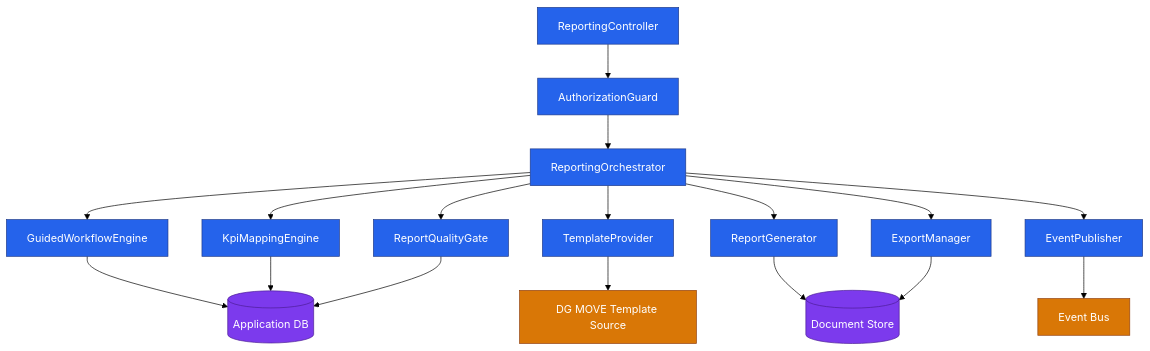
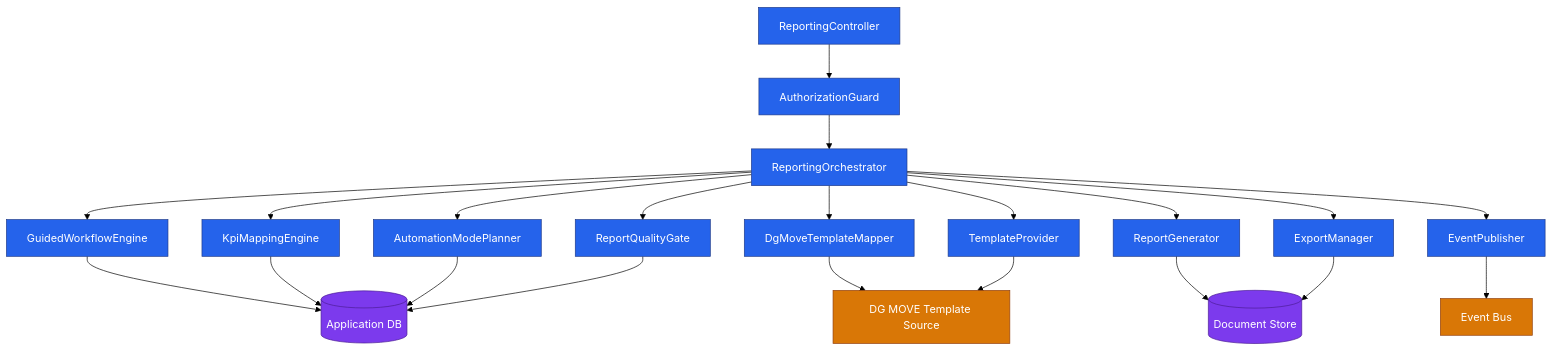
One commit to UM-KGPI/Napcore-ITS-Reporting changed the first of 2 diagrams in Napcore-ITS-Reporting/docs/architecture/c4-level4-reporting.md. Above: the diagram before and after it, drawn with Mermaid (forest theme). The commit also changed other lines of this file and 11 other files, not shown here.

Commit message:
Refine architecture diagrams against contract requirements

````diff
--- a/Napcore-ITS-Reporting/docs/architecture/c4-level4-reporting.md
+++ b/Napcore-ITS-Reporting/docs/architecture/c4-level4-reporting.md
@@ -13,40 +14,46 @@
 ```mermaid
 flowchart TB
     classDef mod fill:#2563eb,stroke:#1e3a8a,color:#fff
     classDef data fill:#7c3aed,stroke:#4c1d95,color:#fff
     classDef ext fill:#d97706,stroke:#92400e,color:#fff
 
     API[ReportingController]:::mod
     AUTH[AuthorizationGuard]:::mod
     ORCH[ReportingOrchestrator]:::mod
     GUIDE[GuidedWorkflowEngine]:::mod
     MAP[KpiMappingEngine]:::mod
+    DGMAP[DgMoveTemplateMapper]:::mod
     TPL[TemplateProvider]:::mod
+    AUTO[AutomationModePlanner]:::mod
     GEN[ReportGenerator]:::mod
     QA[ReportQualityGate]:::mod
     EXP[ExportManager]:::mod
     PUB[EventPublisher]:::mod
 
     APPDB[(Application DB)]:::data
     DOCS[(Document Store)]:::data
     DGMOVE[DG MOVE Template Source]:::ext
     BUS[Event Bus]:::ext
 
     API --> AUTH
     AUTH --> ORCH
     ORCH --> GUIDE
     ORCH --> MAP
+    ORCH --> DGMAP
     ORCH --> TPL
+    ORCH --> AUTO
     ORCH --> GEN
     ORCH --> QA
     ORCH --> EXP
     ORCH --> PUB
 
     GUIDE --> APPDB
     MAP --> APPDB
+    DGMAP --> DGMOVE
     TPL --> DGMOVE
+    AUTO --> APPDB
     GEN --> DOCS
     QA --> APPDB
     EXP --> DOCS
     PUB --> BUS
 ```
````
